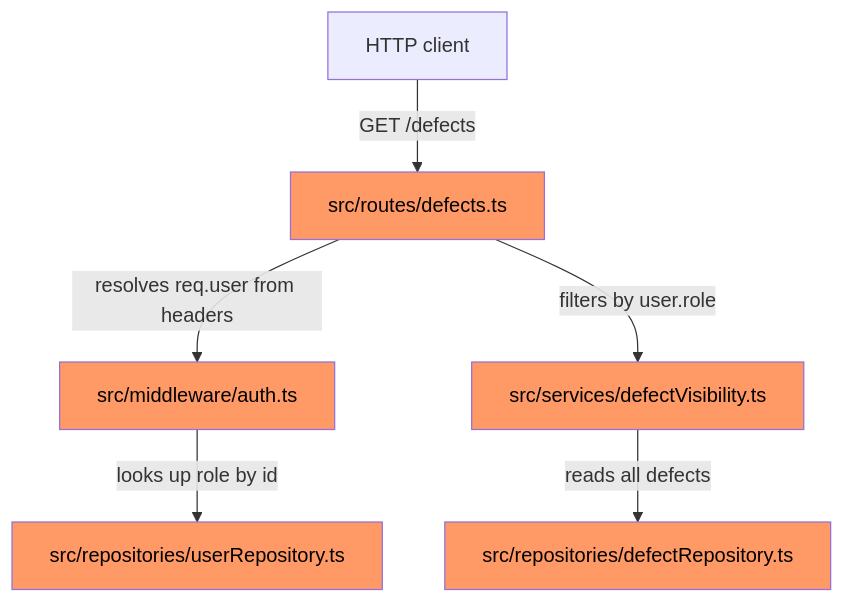
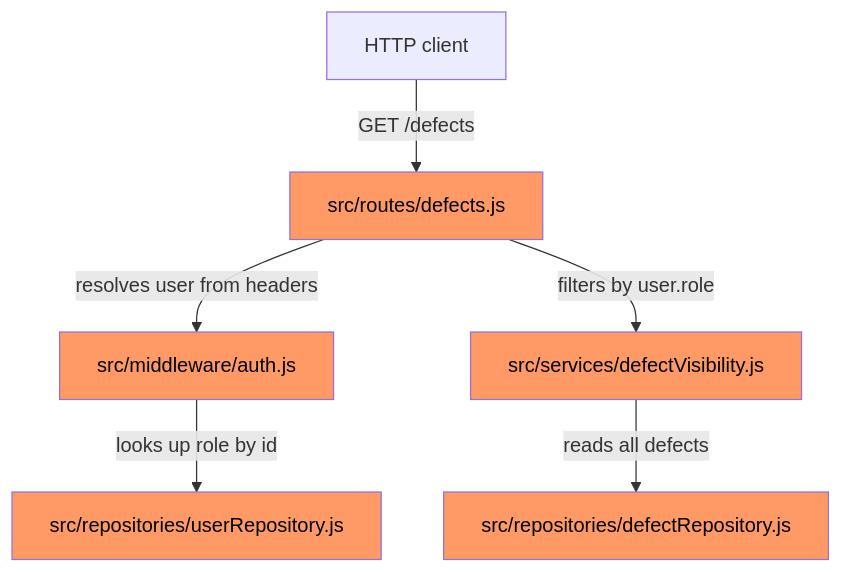
Before and after one commit to mkumhar721996/Test_real_Project: the diagram in .arc/plans/run_1c4ae45bb17c/plan.md, drawn with Mermaid. The commit also changed other lines of this file and 1 other file, not shown here.

````diff
--- a/.arc/plans/run_1c4ae45bb17c/plan.md
+++ b/.arc/plans/run_1c4ae45bb17c/plan.md
@@ -292,11 +289,11 @@
   ```mermaid
   flowchart TD
-      Client[HTTP client] -->|GET /defects| Router[src/routes/defects.ts]
-      Router -->|resolves req.user from headers| AuthMW[src/middleware/auth.ts]
-      AuthMW -->|looks up role by id| UserRepo[src/repositories/userRepository.ts]
-      Router -->|filters by user.role| VisSvc[src/services/defectVisibility.ts]
-      VisSvc -->|reads all defects| DefectRepo[src/repositories/defectRepository.ts]
+      Client[HTTP client] -->|GET /defects| Router[src/routes/defects.js]
+      Router -->|resolves user from headers| AuthMW[src/middleware/auth.js]
+      AuthMW -->|looks up role by id| UserRepo[src/repositories/userRepository.js]
+      Router -->|filters by user.role| VisSvc[src/services/defectVisibility.js]
+      VisSvc -->|reads all defects| DefectRepo[src/repositories/defectRepository.js]
 
       classDef touched fill:#f96,color:#000;
       class Router,AuthMW,UserRepo,VisSvc,DefectRepo touched;
   ```
````
